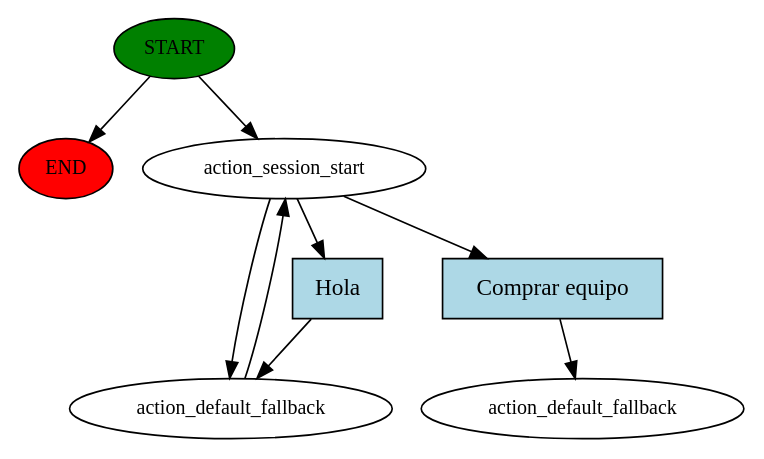
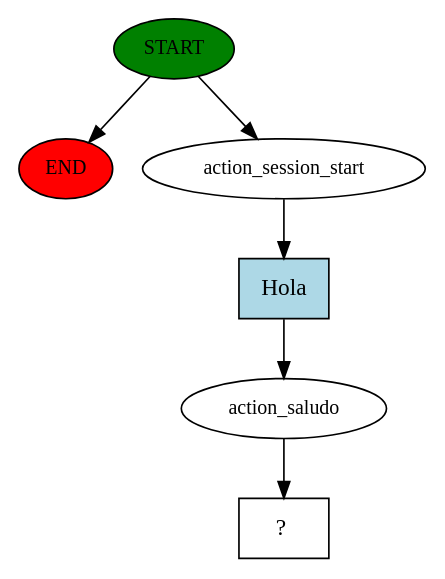
The diagram in story_graph.dot (AbiamRemacheGonzalez/amedio-chatbot), drawn with Graphviz before and after one commit. The commit also changed 8 other files, not shown here.

```diff
--- a/story_graph.dot
+++ b/story_graph.dot
@@ -1,17 +1,13 @@
 digraph  {
 0 [class="start active", fillcolor=green, fontsize=12, label=START, style=filled];
 "-1" [class=end, fillcolor=red, fontsize=12, label=END, style=filled];
 1 [class=active, fontsize=12, label=action_session_start];
-2 [class=active, fontsize=12, label=action_default_fallback];
-6 [class="dashed active", fontsize=12, label=action_default_fallback];
-7 [class="intent active", fillcolor=lightblue, label=Hola, shape=rect, style=filled];
-8 [class="intent active", fillcolor=lightblue, label="Comprar equipo", shape=rect, style=filled];
+2 [class=active, fontsize=12, label=action_saludo];
+3 [class="intent dashed active", label="  ?  ", shape=rect];
+4 [class="intent active", fillcolor=lightblue, label=Hola, shape=rect, style=filled];
 0 -> "-1"  [class="", key=NONE, label=""];
 0 -> 1  [class=active, key=NONE, label=""];
-1 -> 2  [class=active, key=NONE, label=""];
-1 -> 7  [class=active, key=0];
-1 -> 8  [class=active, key=0];
-2 -> 1  [class=active, key=NONE, label=""];
-7 -> 2  [class=active, key=0];
-8 -> 6  [class=active, key=0];
+1 -> 4  [class=active, key=0];
+2 -> 3  [class=active, key=NONE, label=""];
+4 -> 2  [class=active, key=0];
 }
```
